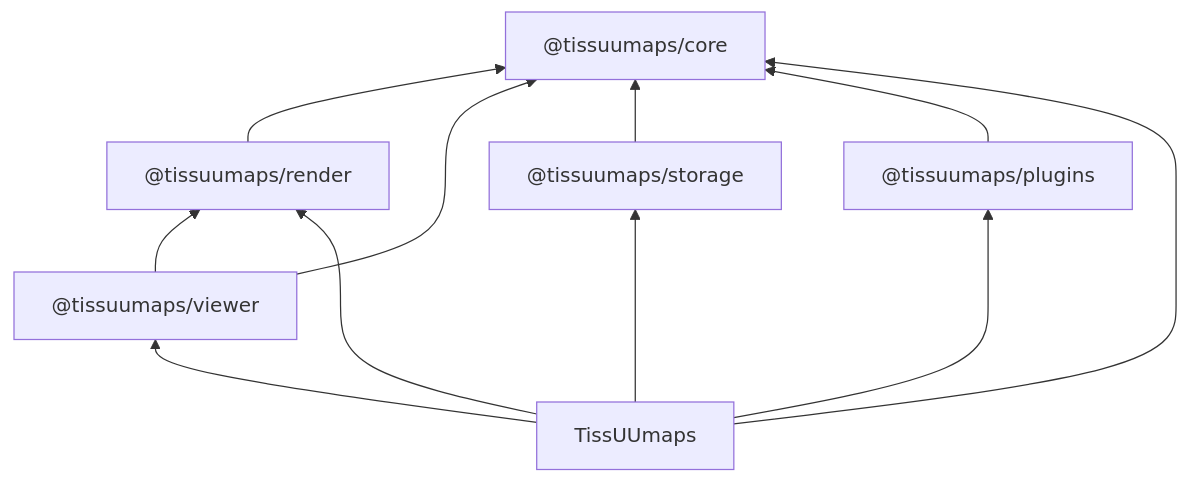
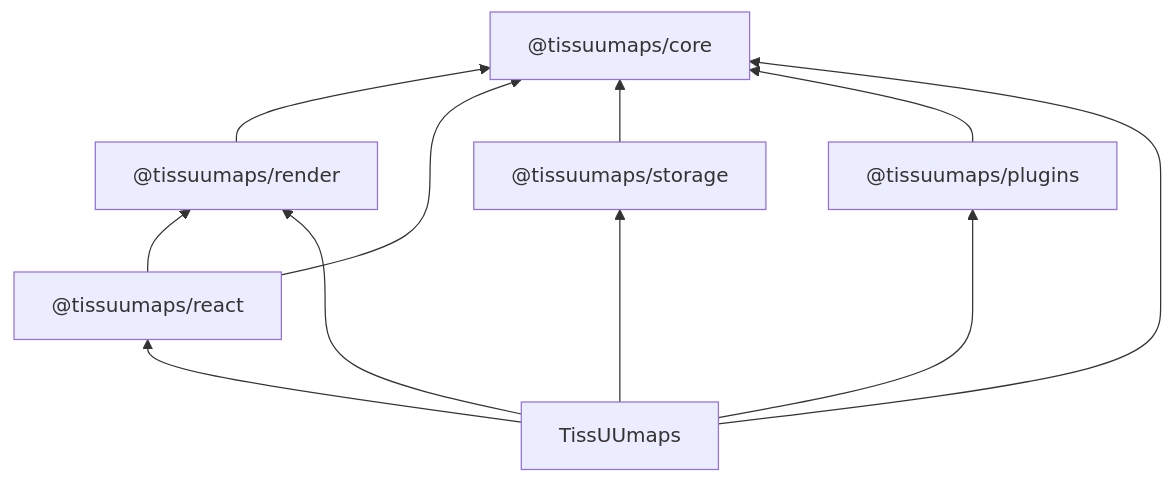
Before and after one commit to TissUUmaps/TissUUmaps: the diagram in apps/docs/docs/development/code-architecture.md, drawn with Mermaid. The commit also changed other lines of this file and 65 other files, not shown here.

````diff
--- a/apps/docs/docs/development/code-architecture.md
+++ b/apps/docs/docs/development/code-architecture.md
@@ -37,24 +38,24 @@
 ```mermaid
 flowchart BT
     core["@tissuumaps/core"]
 
     render["@tissuumaps/render"]
     render --> core
 
-    viewer["@tissuumaps/viewer"]
+    viewer["@tissuumaps/react"]
     viewer --> core
     viewer --> render
 
     storage["@tissuumaps/storage"]
     storage --> core
 
     plugins["@tissuumaps/plugins"]
     plugins --> core
 
     tissuumaps["TissUUmaps"]
     tissuumaps --> core
     tissuumaps --> render
     tissuumaps --> storage
     tissuumaps --> plugins
     tissuumaps --> viewer
 ```
````
